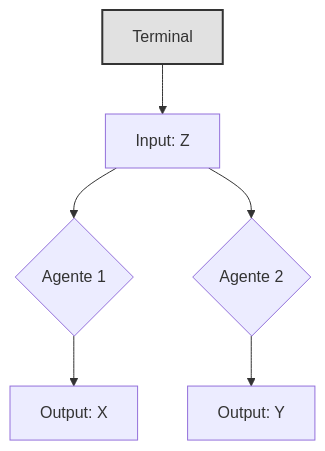
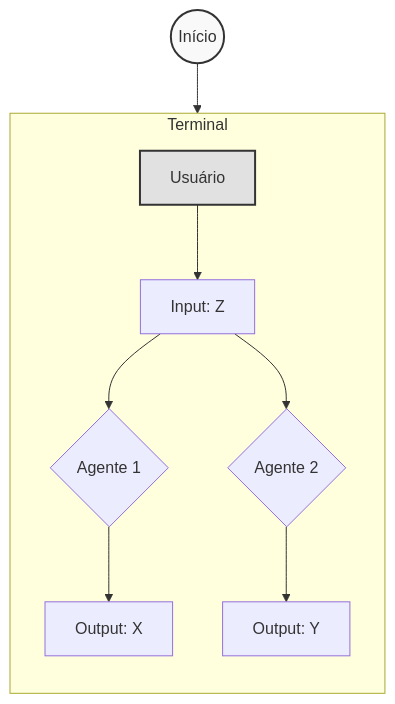
Before and after one commit to leosantos2003/Language-Games: the second of 2 diagrams in README.md, drawn with Mermaid.

````diff
--- a/README.md
+++ b/README.md
@@ -92,17 +92,30 @@
 ```mermaid
 graph TD
-    %% --- ÁREA TERMINAL ---
-    Term[Terminal] --> Term_Input[Input: Z]
-    
-    %% Decisões Finais
-    Term_Input --> T_Ag1{Agente 1}
-    Term_Input --> T_Ag2{Agente 2}
-    
-    %% Outputs Finais
-    T_Ag1 --> FinalX[Output: X]
-    T_Ag2 --> FinalY[Output: Y]
+    %% --- NÓ EXTERNO ---
+    %% Nó "Início" fora da área, conectando-se ao "Usuário" dentro
+    NewStart((Início)) --> User[Usuário]
+
+    %% --- NOVA ÁREA TERMINAL ---
+    subgraph TerminalArea [Terminal]
+        direction TB
+        %% O antigo nó "Terminal" agora é "Usuário" e está aqui dentro
+        User --> Term_Input[Input: Z]
+        
+        %% Decisões Finais
+        Term_Input --> T_Ag1{Agente 1}
+        Term_Input --> T_Ag2{Agente 2}
+        
+        %% Outputs Finais
+        T_Ag1 --> FinalX[Output: X]
+        T_Ag2 --> FinalY[Output: Y]
+    end
 
     %% --- ESTILOS ---
-    classDef highlight fill:#e1e1e1,stroke:#333,stroke-width:2px;
-    class Term highlight;
+    %% Estilo para o novo Início (redondo e destacado)
+    classDef startStyle fill:#f9f9f9,stroke:#333,stroke-width:2px;
+    class NewStart startStyle;
+
+    %% Estilo para o nó Usuário (destacado)
+    classDef userStyle fill:#e1e1e1,stroke:#333,stroke-width:2px;
+    class User userStyle;
 ```
````
